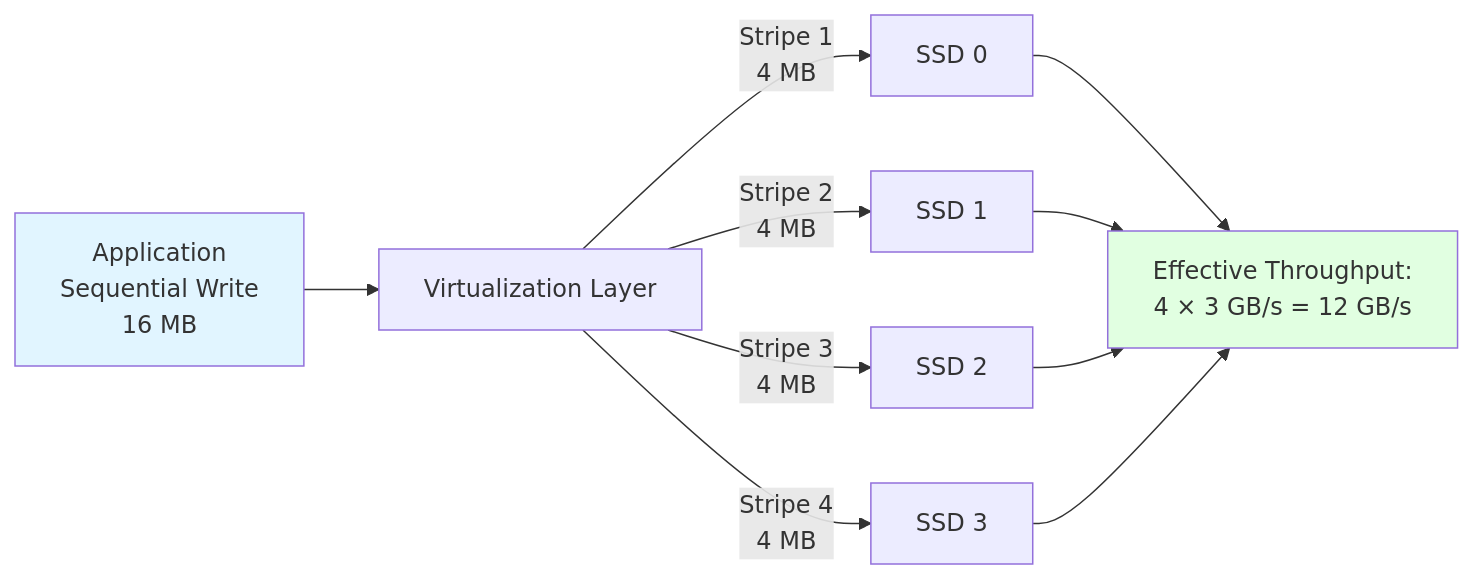
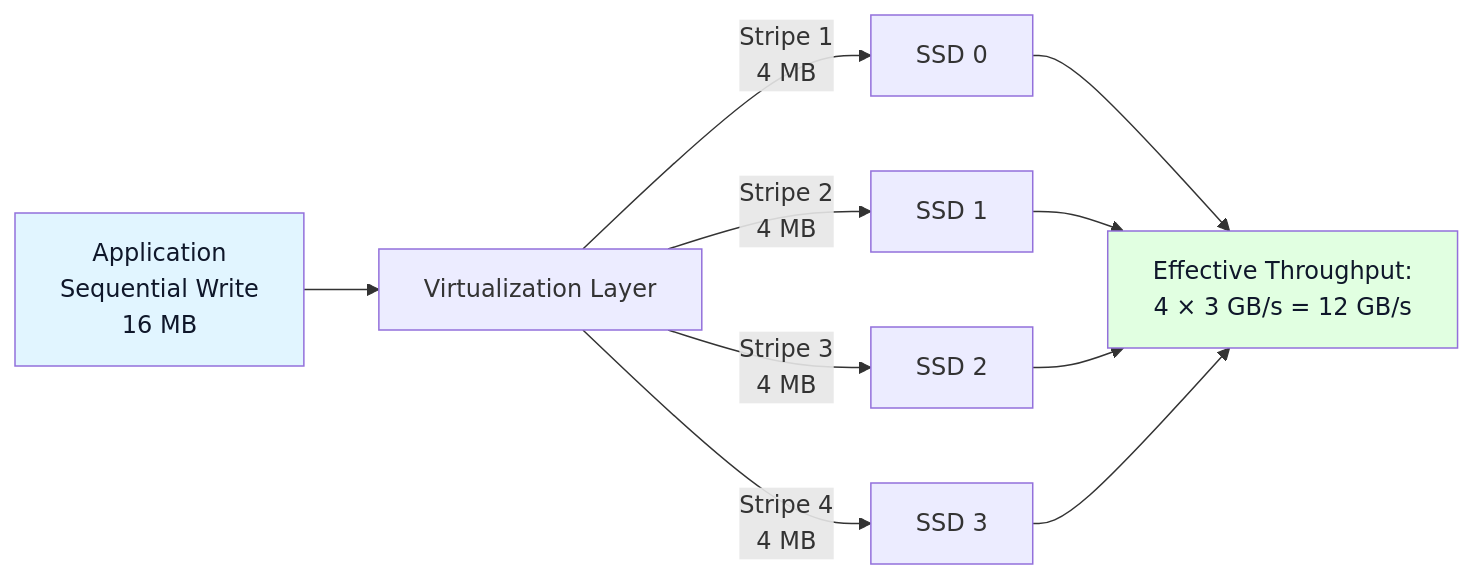
Before and after one commit to blebleblee/synapse: the third of 3 diagrams in topics/computing/infrastructure/hyperconverged_infrastructure/lesson_02_storage_virtualization.md, drawn with Mermaid. The commit also changed other lines of this file and 1464 other files, not shown here.

Commit message:
feat(release): curriculum vector mermaid upgrade, render hardening, and master synpack

````diff
--- a/topics/computing/infrastructure/hyperconverged_infrastructure/lesson_02_storage_virtualization.md
+++ b/topics/computing/infrastructure/hyperconverged_infrastructure/lesson_02_storage_virtualization.md
@@ -613,17 +613,17 @@
 ```mermaid
 graph LR
     A["Application<br/>Sequential Write<br/>16 MB"] --> B["Virtualization Layer"]
     
     B -->|"Stripe 1<br/>4 MB"| C["SSD 0"]
     B -->|"Stripe 2<br/>4 MB"| D["SSD 1"]
     B -->|"Stripe 3<br/>4 MB"| E["SSD 2"]
     B -->|"Stripe 4<br/>4 MB"| F["SSD 3"]
     
     C --> G["Effective Throughput:<br/>4 × 3 GB/s = 12 GB/s"]
     D --> G
     E --> G
     F --> G
     
-    style A fill:#e1f5ff
-    style G fill:#e1ffe1
+    style A fill:#e1f5ff,color:#0f172a
+    style G fill:#e1ffe1,color:#0f172a
 ```
````
